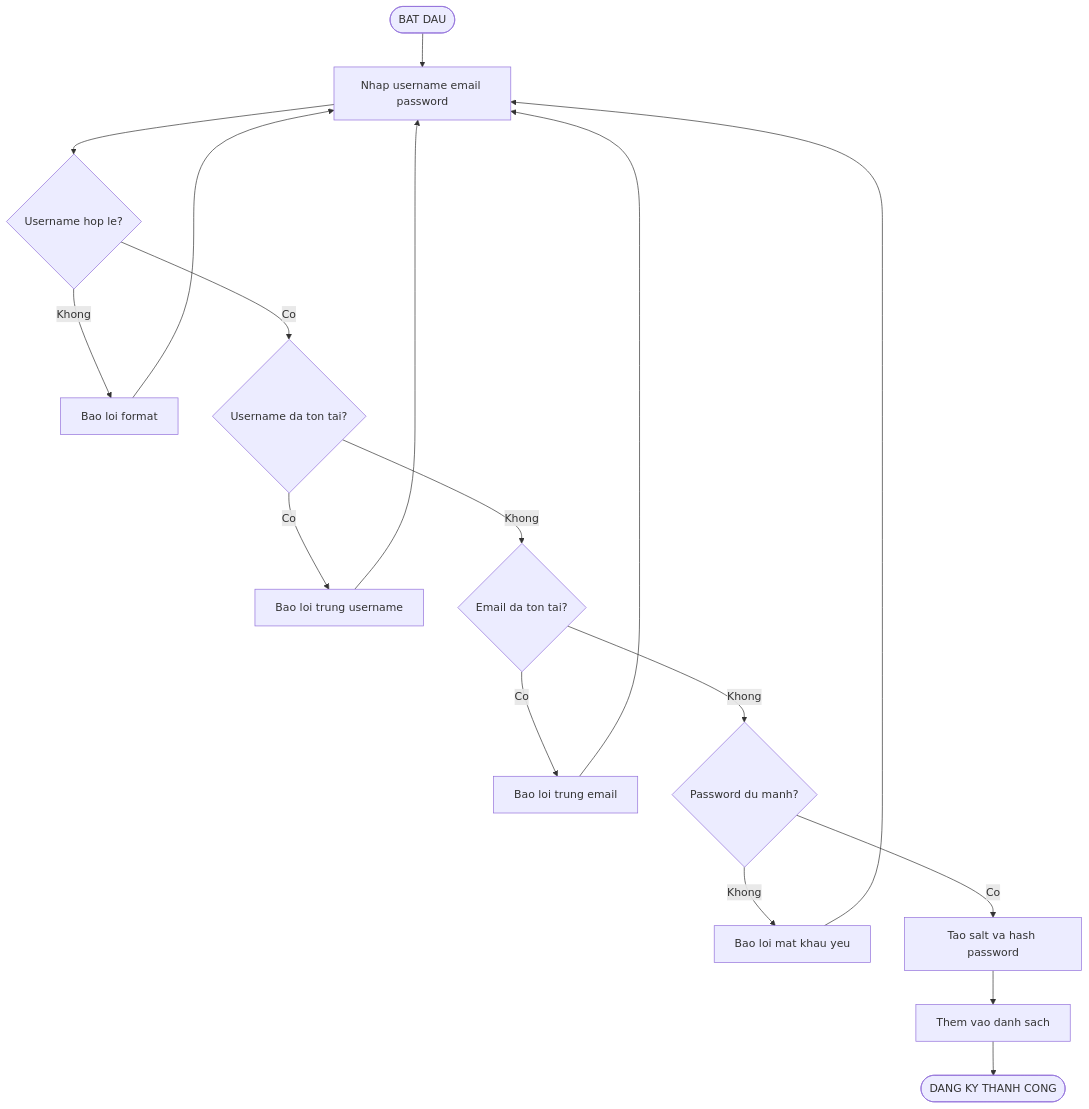
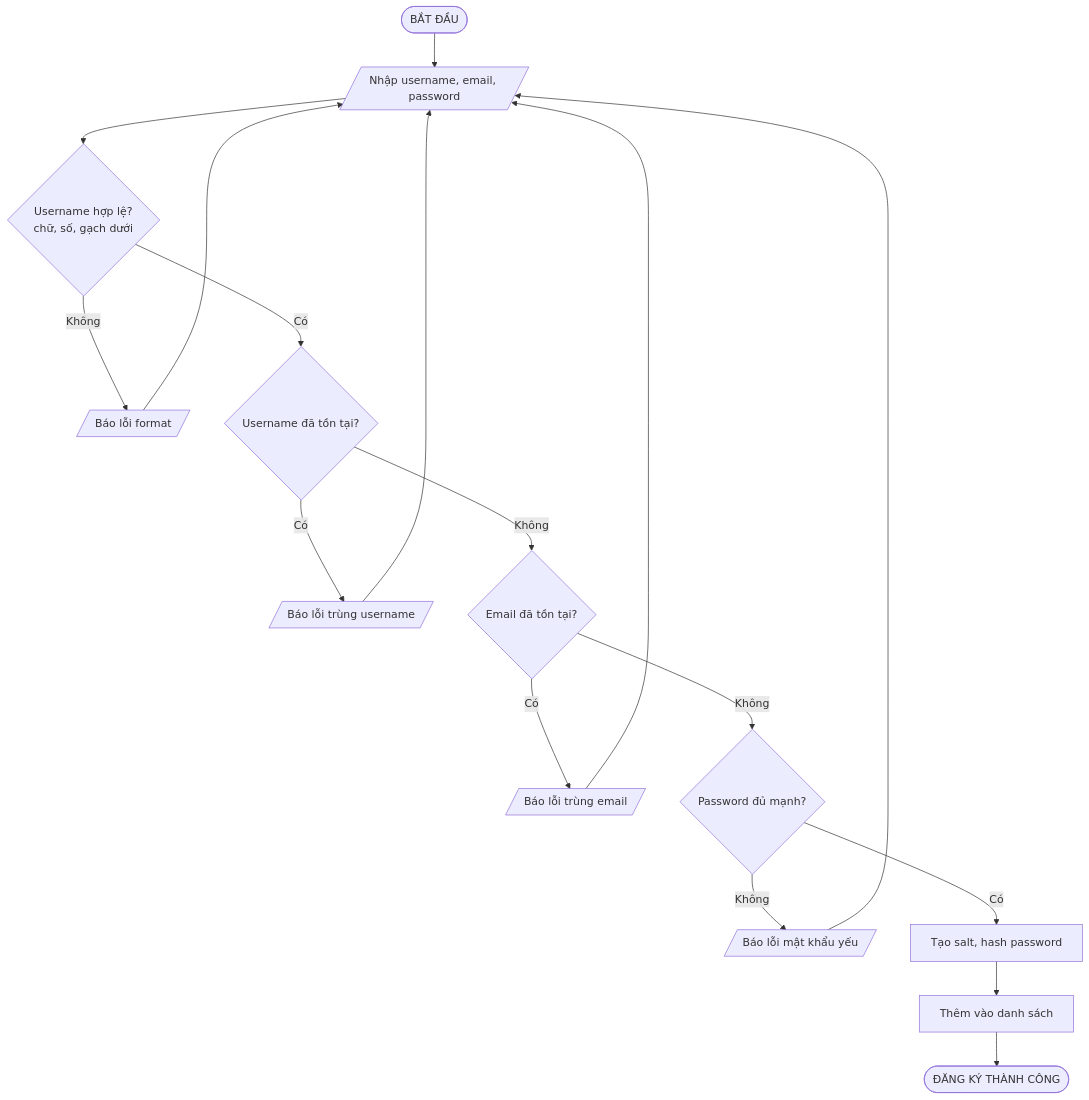
Before and after one commit to phucphuc2006/pro-192: the third of 20 diagrams in docs/Flowcharts/Flowcharts.md, drawn with Mermaid. The commit also changed other lines of this file, not shown here.

Commit message:
Restore original Mermaid flowcharts

````diff
--- a/docs/Flowcharts/Flowcharts.md
+++ b/docs/Flowcharts/Flowcharts.md
@@ -47,19 +59,19 @@
 ```mermaid
 flowchart TD
-    A(["BAT DAU"]) --> B["Nhap username email password"]
-    B --> C{"Username hop le?"}
-    C -->|Khong| D["Bao loi format"]
+    A([BẮT ĐẦU]) --> B[/Nhập username, email, password/]
+    B --> C{Username hợp lệ?<br/>chữ, số, gạch dưới}
+    C -->|Không| D[/Báo lỗi format/]
     D --> B
-    C -->|Co| E{"Username da ton tai?"}
-    E -->|Co| F["Bao loi trung username"]
+    C -->|Có| E{Username đã tồn tại?}
+    E -->|Có| F[/Báo lỗi trùng username/]
     F --> B
-    E -->|Khong| G{"Email da ton tai?"}
-    G -->|Co| H["Bao loi trung email"]
+    E -->|Không| G{Email đã tồn tại?}
+    G -->|Có| H[/Báo lỗi trùng email/]
     H --> B
-    G -->|Khong| I{"Password du manh?"}
-    I -->|Khong| J["Bao loi mat khau yeu"]
+    G -->|Không| I{Password đủ mạnh?}
+    I -->|Không| J[/Báo lỗi mật khẩu yếu/]
     J --> B
-    I -->|Co| K["Tao salt va hash password"]
-    K --> L["Them vao danh sach"]
-    L --> M(["DANG KY THANH CONG"])
+    I -->|Có| K[Tạo salt, hash password]
+    K --> L[Thêm vào danh sách]
+    L --> M([ĐĂNG KÝ THÀNH CÔNG])
 ```
````
